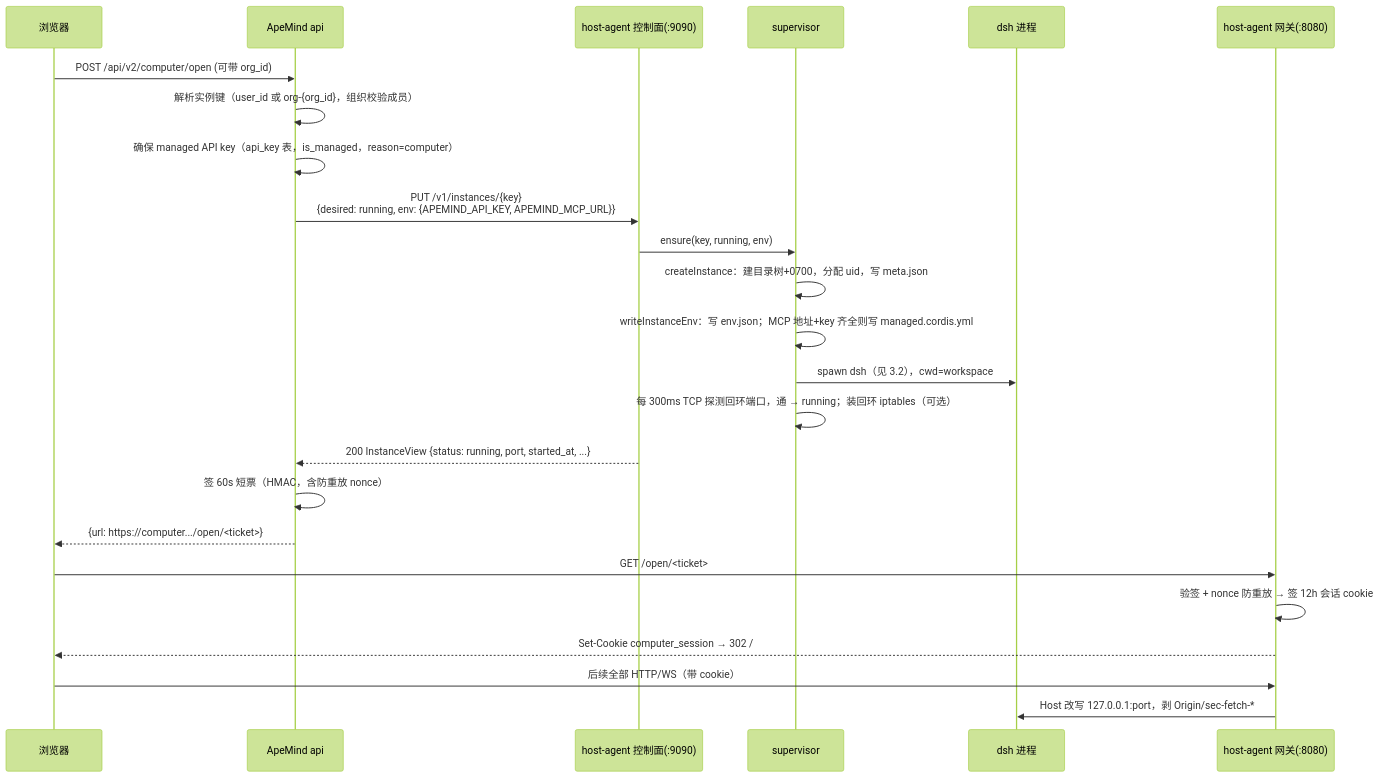
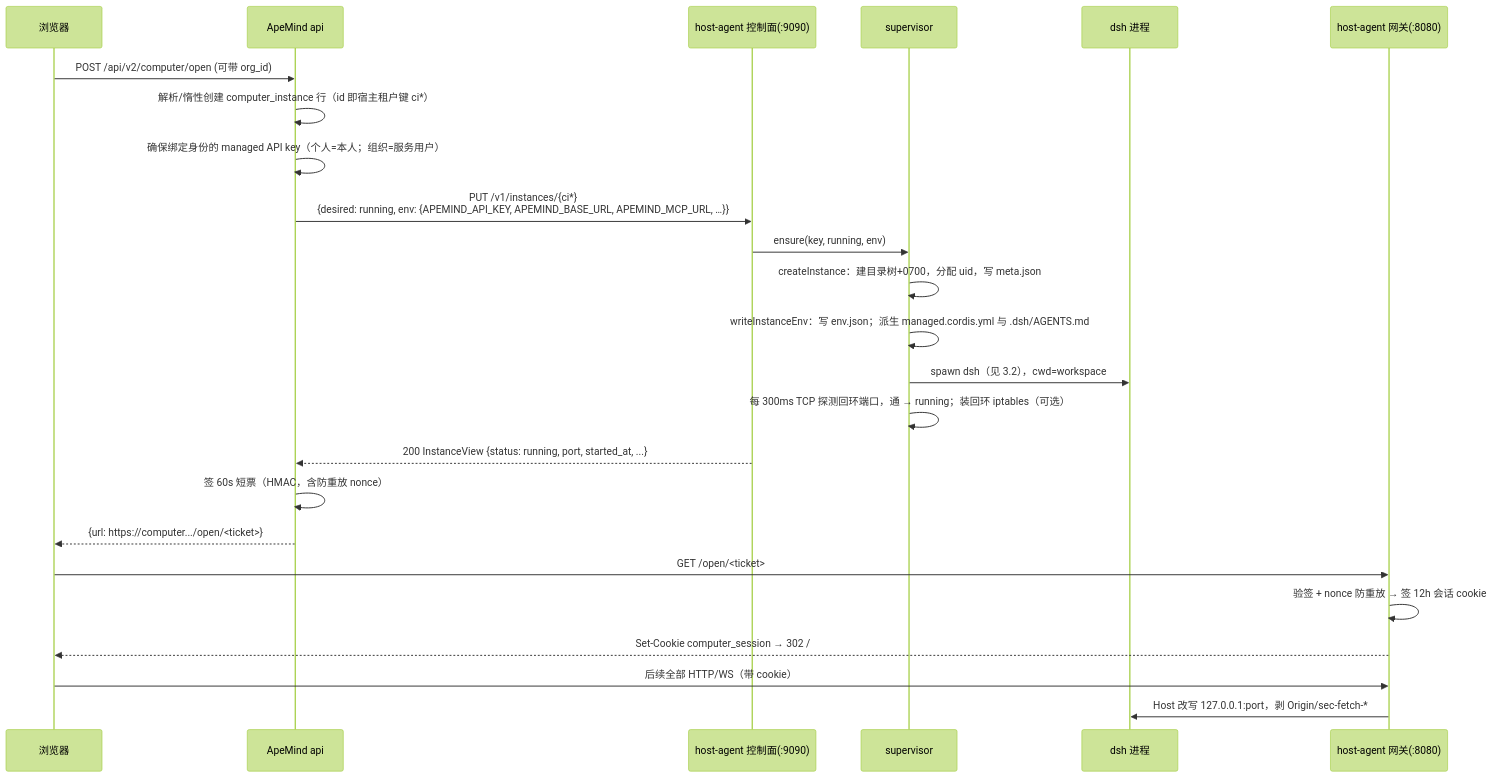
The second of 2 diagrams in docs/lifecycle.md (apecloud/apemind-computer), drawn with Mermaid (forest theme) before and after one commit. The commit also changed other lines of this file and 4 other files, not shown here.

````diff
--- a/docs/lifecycle.md
+++ b/docs/lifecycle.md
@@ -74,27 +85,27 @@
 ```mermaid
 sequenceDiagram
     participant U as 浏览器
     participant A as ApeMind api
     participant C as host-agent 控制面(:9090)
     participant S as supervisor
     participant D as dsh 进程
     participant G as host-agent 网关(:8080)
 
     U->>A: POST /api/v2/computer/open (可带 org_id)
-    A->>A: 解析实例键（user_id 或 org-{org_id}，组织校验成员）
-    A->>A: 确保 managed API key（api_key 表，is_managed，reason=computer）
-    A->>C: PUT /v1/instances/{key}<br/>{desired: running, env: {APEMIND_API_KEY, APEMIND_MCP_URL}}
+    A->>A: 解析/惰性创建 computer_instance 行（id 即宿主租户键 ci*）
+    A->>A: 确保绑定身份的 managed API key（个人=本人；组织=服务用户）
+    A->>C: PUT /v1/instances/{ci*}<br/>{desired: running, env: {APEMIND_API_KEY, APEMIND_BASE_URL, APEMIND_MCP_URL, …}}
     C->>S: ensure(key, running, env)
     S->>S: createInstance：建目录树+0700，分配 uid，写 meta.json
-    S->>S: writeInstanceEnv：写 env.json；MCP 地址+key 齐全则写 managed.cordis.yml
+    S->>S: writeInstanceEnv：写 env.json；派生 managed.cordis.yml 与 .dsh/AGENTS.md
     S->>D: spawn dsh（见 3.2），cwd=workspace
     S->>S: 每 300ms TCP 探测回环端口，通 → running；装回环 iptables（可选）
     C-->>A: 200 InstanceView {status: running, port, started_at, ...}
     A->>A: 签 60s 短票（HMAC，含防重放 nonce）
     A-->>U: {url: https://computer.../open/<ticket>}
     U->>G: GET /open/<ticket>
     G->>G: 验签 + nonce 防重放 → 签 12h 会话 cookie
     G-->>U: Set-Cookie computer_session → 302 /
     U->>G: 后续全部 HTTP/WS（带 cookie）
     G->>D: Host 改写 127.0.0.1:port，剥 Origin/sec-fetch-*
 ```
````
